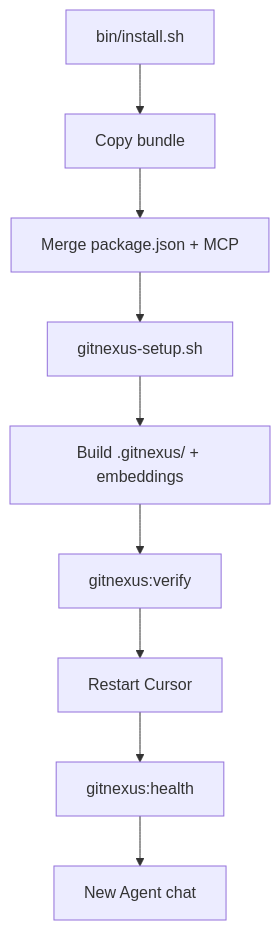
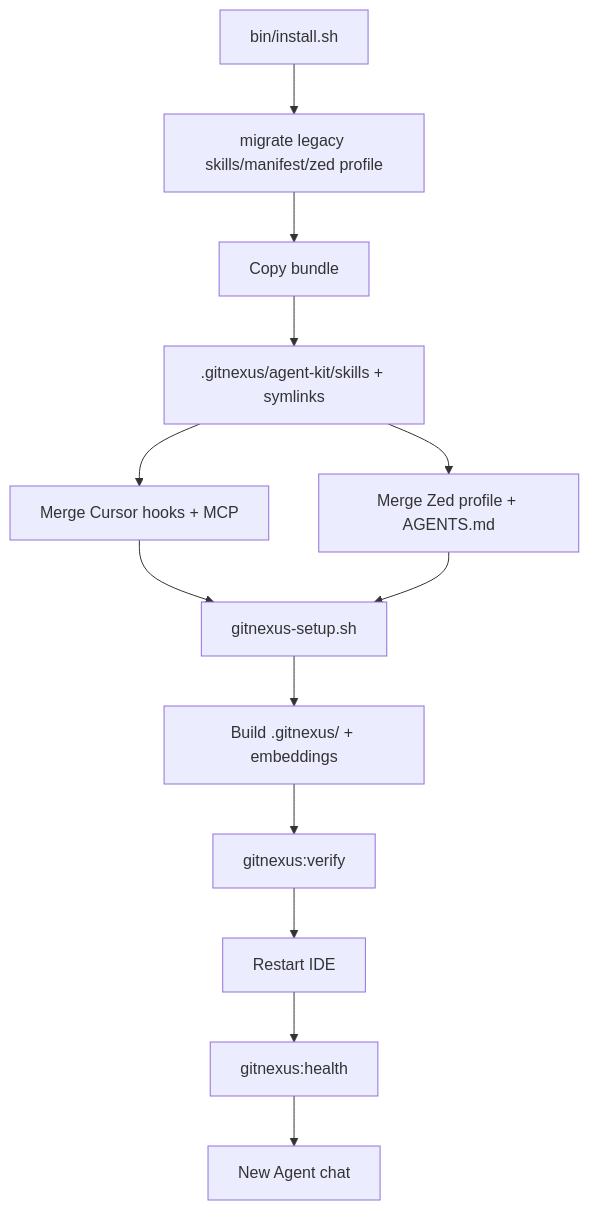
Before and after one commit to ReidenXerx/cursor-gitnexus-kit: the eighth of 9 diagrams in docs/ARCHITECTURE.md, drawn with Mermaid. The commit also changed other lines of this file and 64 other files, not shown here.

First line of the commit message:
Expand GitNexus kit beyond Cursor

````diff
--- a/docs/ARCHITECTURE.md
+++ b/docs/ARCHITECTURE.md
@@ -192,11 +192,15 @@
 ```mermaid
 flowchart TB
-  I["bin/install.sh"] --> B[Copy bundle]
-  B --> M[Merge package.json + MCP]
-  M --> S[gitnexus-setup.sh]
+  I["bin/install.sh"] --> M[migrate legacy skills/manifest/zed profile]
+  M --> B[Copy bundle]
+  B --> SK[".gitnexus/agent-kit/skills + symlinks"]
+  SK --> MC[Merge Cursor hooks + MCP]
+  SK --> MZ[Merge Zed profile + AGENTS.md]
+  MC --> S[gitnexus-setup.sh]
+  MZ --> S
   S --> IDX["Build .gitnexus/ + embeddings"]
   IDX --> V["gitnexus:verify"]
-  V --> R[Restart Cursor]
+  V --> R[Restart IDE]
   R --> H["gitnexus:health"]
   H --> C[New Agent chat]
 ```
````
